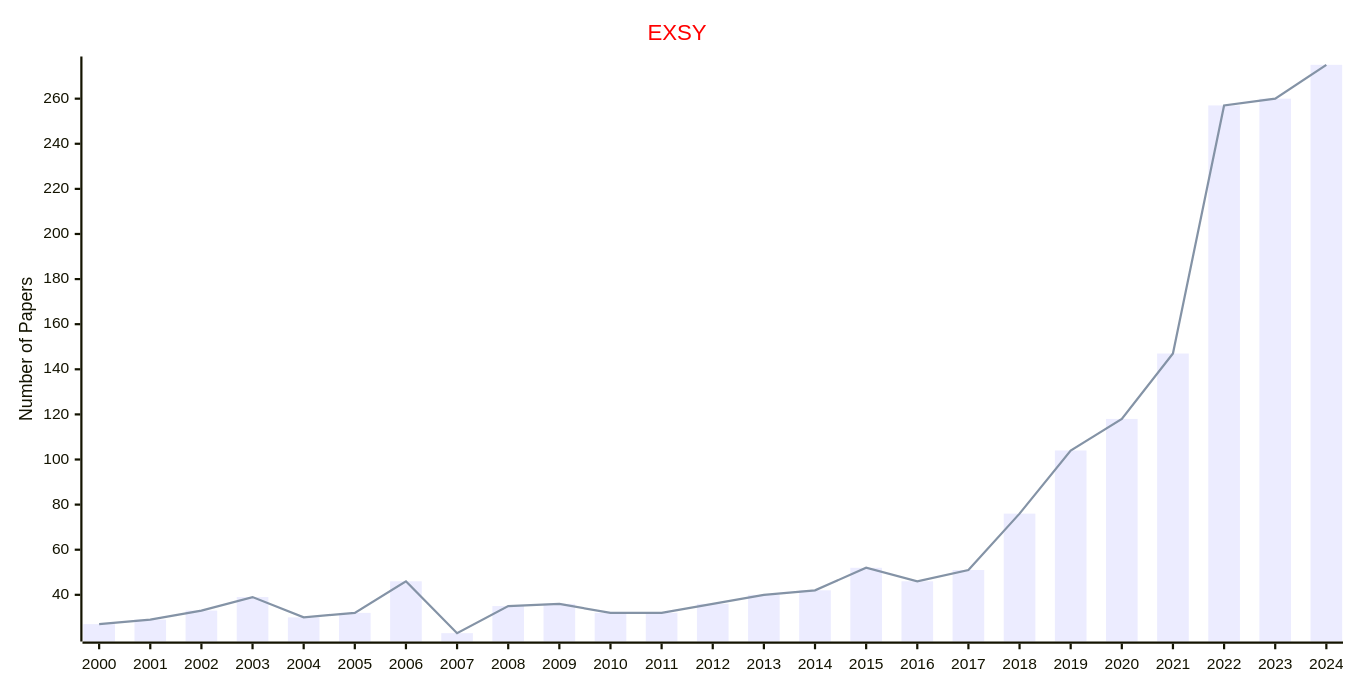
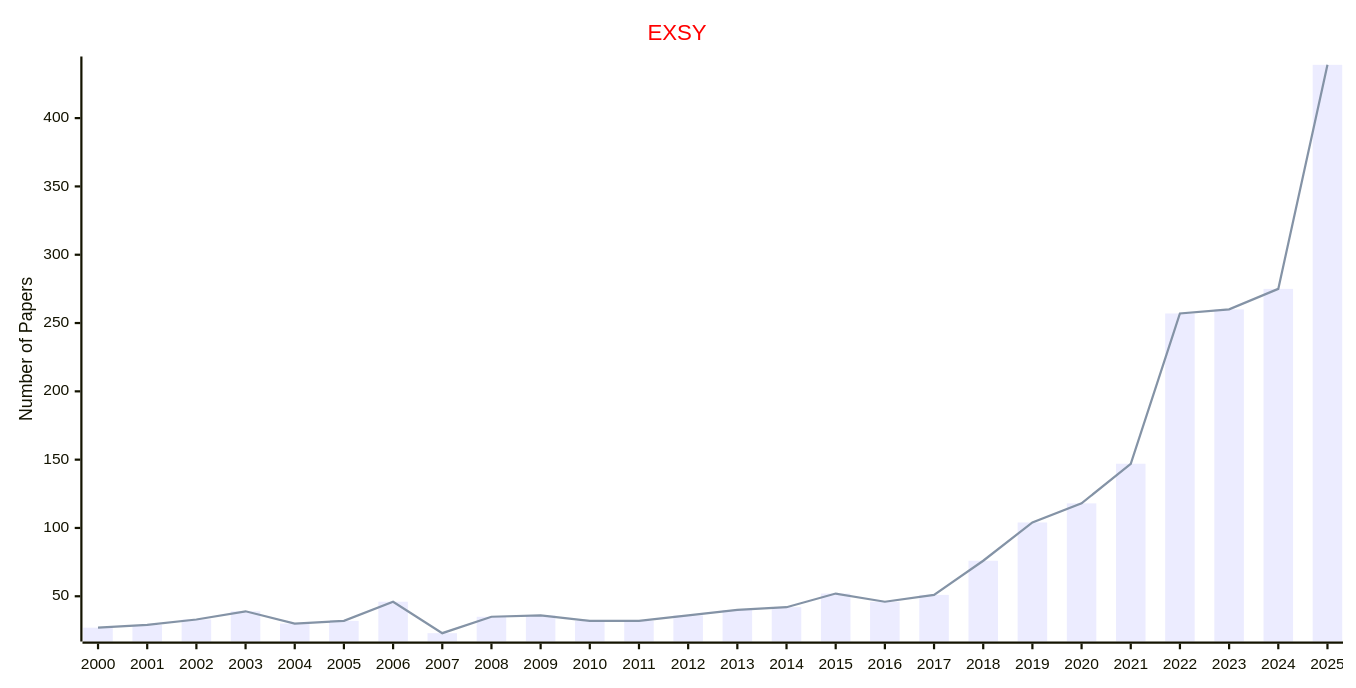
One commit to Easy-PhD/AILinks changed the diagram in docs/data/Journals/Statistics_Journals/Knowledge_Engineering.md. Above: the diagram before and after it, drawn with Mermaid. The commit also changed 107 other files, not shown here.

````diff
--- a/docs/data/Journals/Statistics_Journals/Knowledge_Engineering.md
+++ b/docs/data/Journals/Statistics_Journals/Knowledge_Engineering.md
@@ -9,17 +9,17 @@
 ```mermaid
 ---
 config:
     xyChart:
         width: 1200
         height: 600
     themeVariables:
         xyChart:
             titleColor: "#ff0000"
 ---
 xychart-beta
     title "EXSY"
-    x-axis [2000, 2001, 2002, 2003, 2004, 2005, 2006, 2007, 2008, 2009, 2010, 2011, 2012, 2013, 2014, 2015, 2016, 2017, 2018, 2019, 2020, 2021, 2022, 2023, 2024]
+    x-axis [2000, 2001, 2002, 2003, 2004, 2005, 2006, 2007, 2008, 2009, 2010, 2011, 2012, 2013, 2014, 2015, 2016, 2017, 2018, 2019, 2020, 2021, 2022, 2023, 2024, 2025]
     y-axis "Number of Papers"
-    bar [27, 29, 33, 39, 30, 32, 46, 23, 35, 36, 32, 32, 36, 40, 42, 52, 46, 51, 76, 104, 118, 147, 257, 260, 275]
-    line [27, 29, 33, 39, 30, 32, 46, 23, 35, 36, 32, 32, 36, 40, 42, 52, 46, 51, 76, 104, 118, 147, 257, 260, 275]
+    bar [27, 29, 33, 39, 30, 32, 46, 23, 35, 36, 32, 32, 36, 40, 42, 52, 46, 51, 76, 104, 118, 147, 257, 260, 275, 439]
+    line [27, 29, 33, 39, 30, 32, 46, 23, 35, 36, 32, 32, 36, 40, 42, 52, 46, 51, 76, 104, 118, 147, 257, 260, 275, 439]
 ```
````
